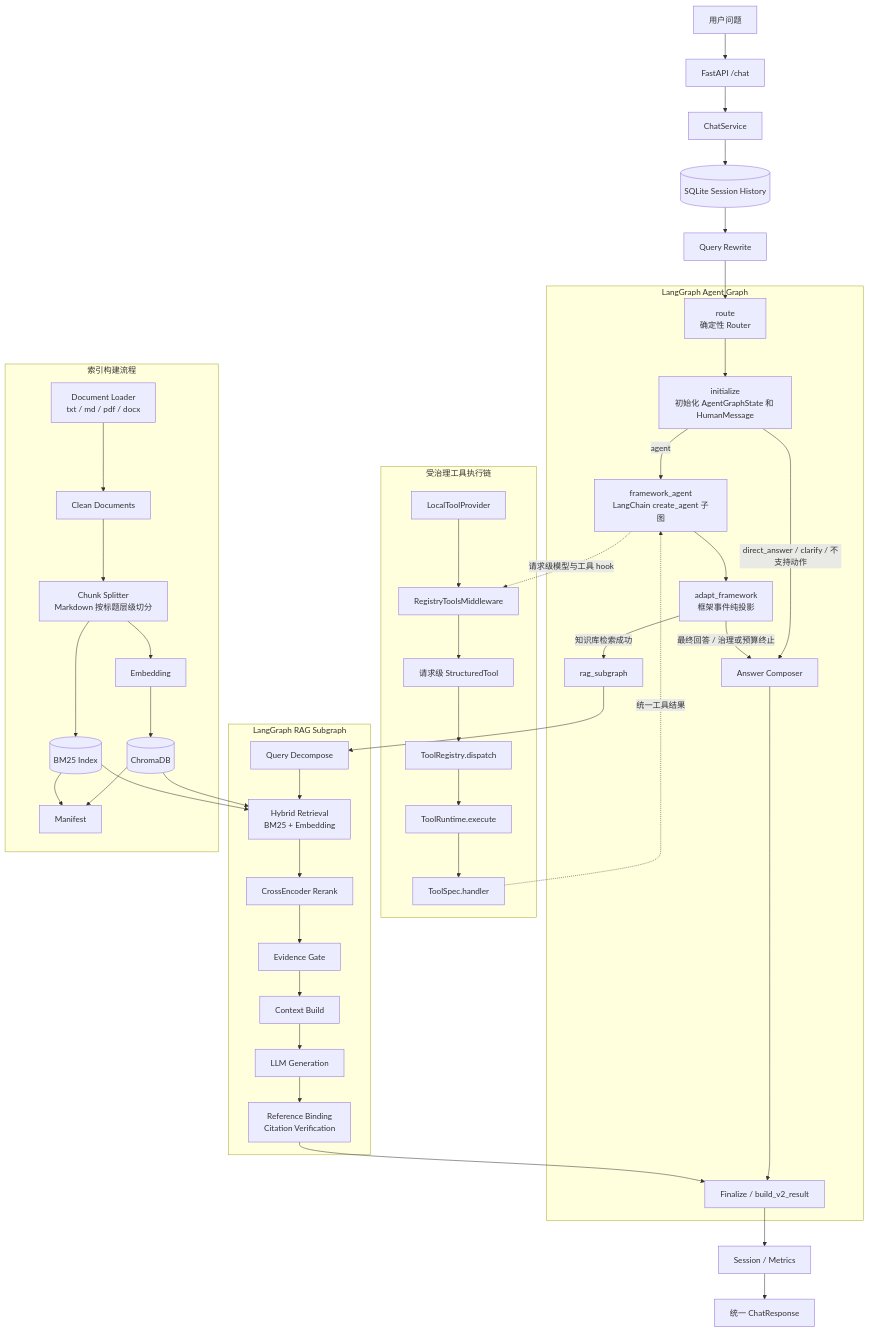
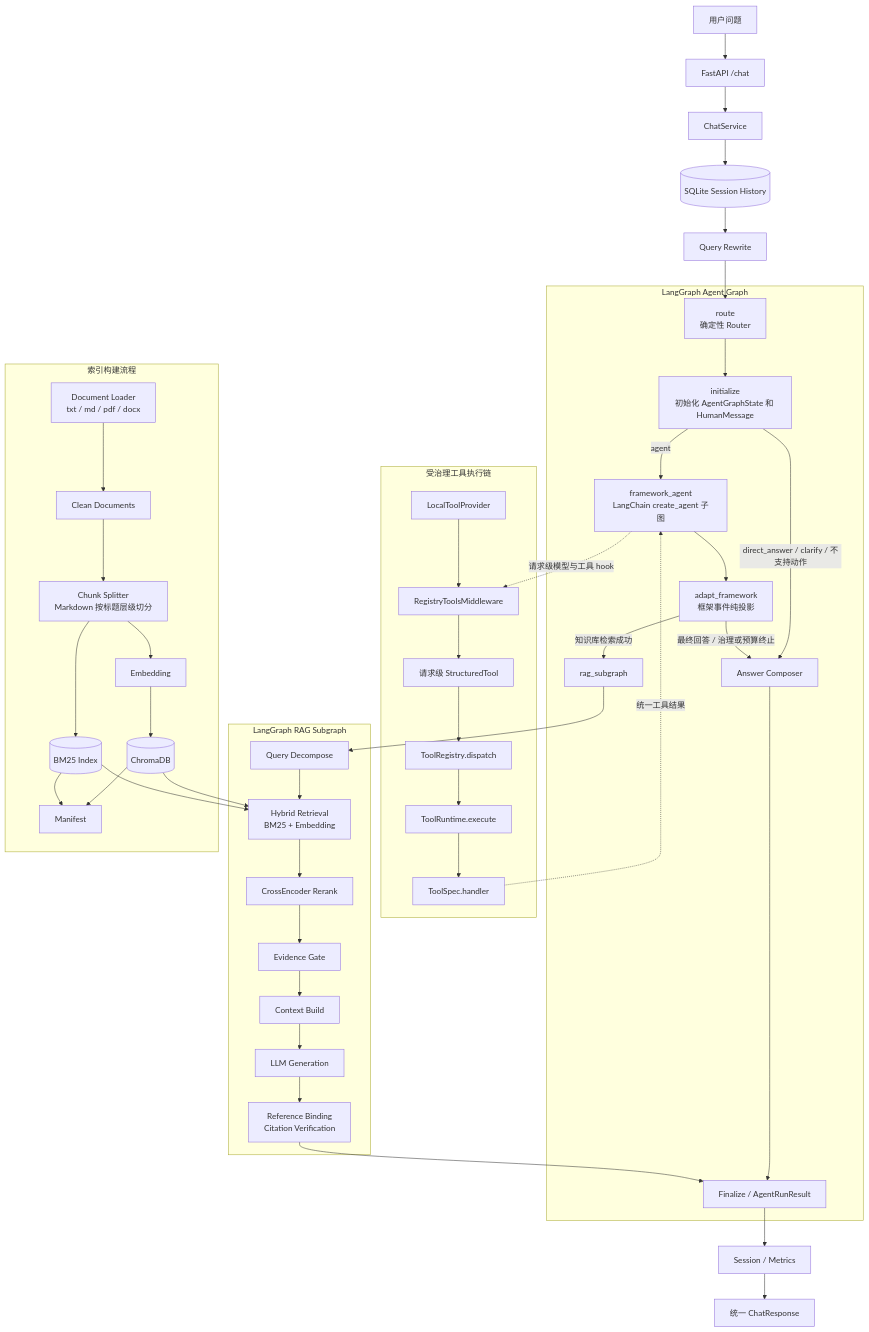
Before and after one commit to LiBoEN123/rag-agent-qa-system: the diagram in README.md, drawn with Mermaid. The commit also changed other lines of this file and 28 other files, not shown here.

Commit message:
统一 Agent Result 契约与状态策略，删除分散状态映射

```diff
--- a/README.md
+++ b/README.md
@@ -37,7 +37,7 @@
         FrameworkAdapt[adapt_framework<br/>框架事件纯投影]
         RAGEntry[rag_subgraph]
         Composer[Answer Composer]
-        Finalize[Finalize / build_v2_result]
+        Finalize[Finalize / AgentRunResult]
 
         Router --> Initialize
         Initialize -->|agent| FrameworkAgent
```
